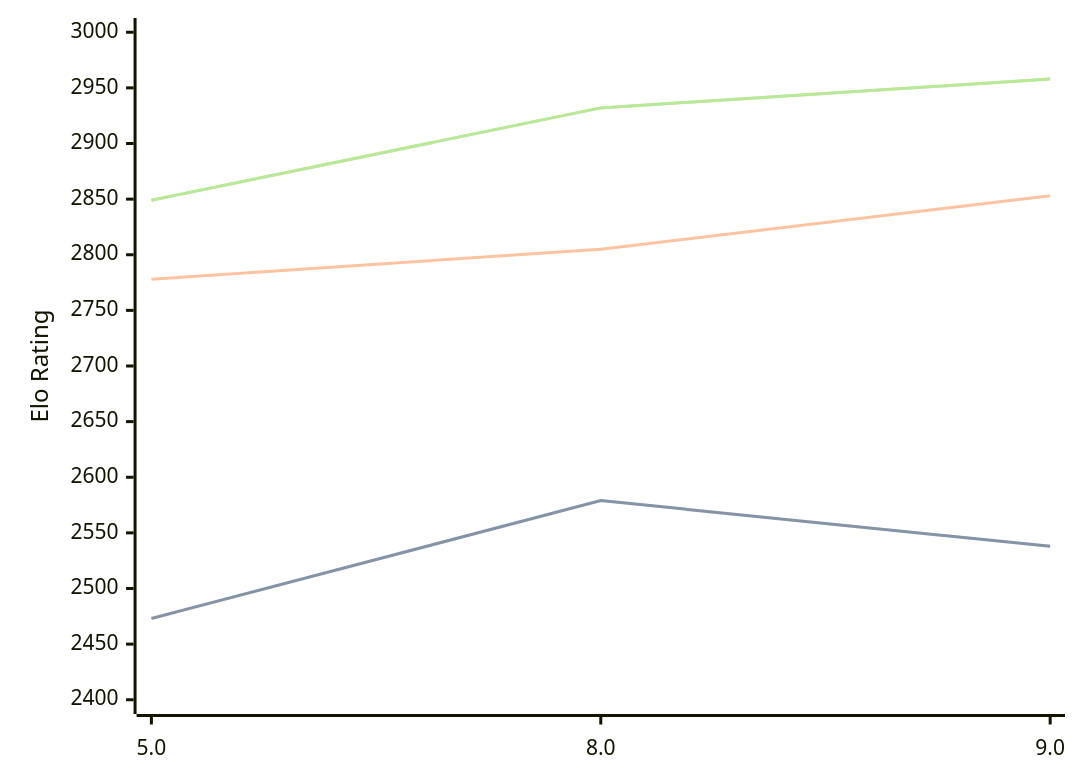
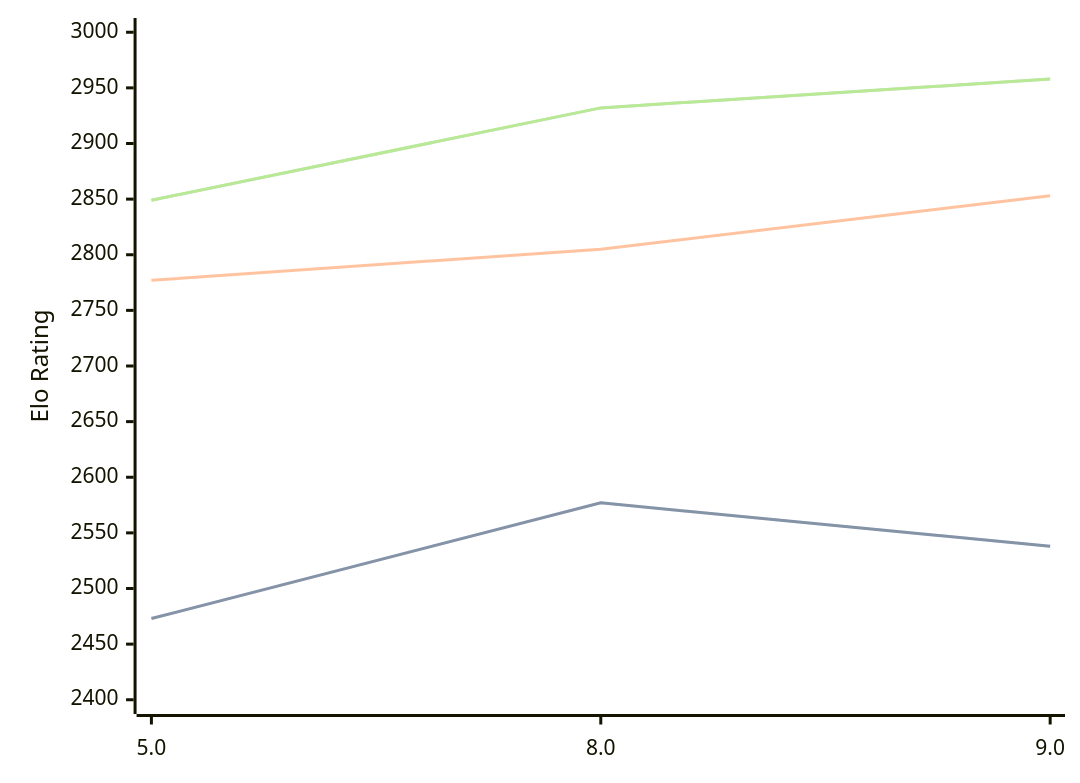
Before and after one commit to computer-chess-index/cci: the third of 3 diagrams in engines/4kc.md, drawn with Mermaid. The commit also changed other lines of this file, not shown here.

````diff
--- a/engines/4kc.md
+++ b/engines/4kc.md
@@ -75,11 +75,11 @@
 ```mermaid
 %%{init: {"theme":"base","themeVariables":{"seriesColors:['#a3a3a3','#222221','#faa371']}}}%%
 xychart-beta
   x-axis ["5.0", "8.0", "9.0"]
   y-axis "Elo Rating" 2400 --> 3000
-  line "STC (8.0+0.08s)" [2473, 2579, 2538]
-  line "STC (8.0+0.08s)" [2473, 2579, 2538]
-  line "LTC (60.0+0.60s)" [2778, 2805, 2853]
+  line "STC (8.0+0.08s)" [2473, 2577, 2538]
+  line "STC (8.0+0.08s)" [2473, 2577, 2538]
+  line "LTC (60.0+0.60s)" [2777, 2805, 2853]
   line "VLTC (2m24s+1.12s)" [2849, 2932, 2958]
   line "VLTC (2m24s+1.12s)" [2849, 2932, 2958]
 ```
````
